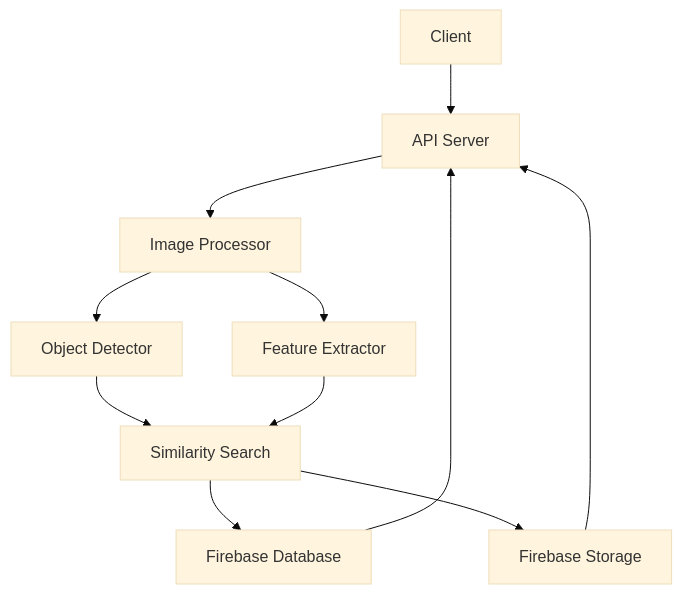
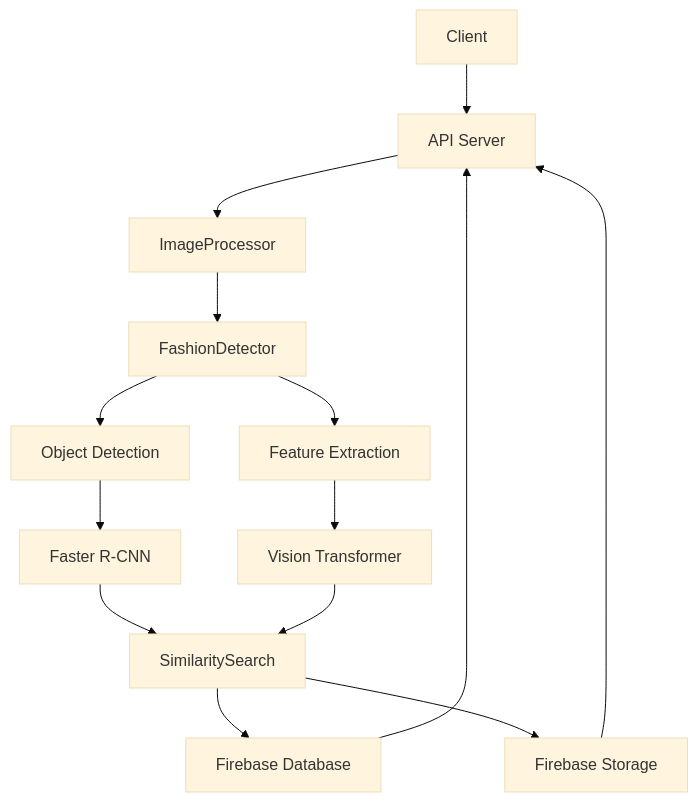
The diagram in .cursor/rules/systemPatterns.md (J3r3my97/self-mcp), drawn with Mermaid (base theme) before and after one commit. The commit also changed other lines of this file and 5 other files, not shown here.

````diff
--- a/.cursor/rules/systemPatterns.md
+++ b/.cursor/rules/systemPatterns.md
@@ -6,13 +6,16 @@
 ```mermaid
 graph TD
     A[Client] --> B[API Server]
-    B --> C[Image Processor]
-    C --> D[Object Detector]
-    C --> E[Feature Extractor]
-    D --> F[Similarity Search]
-    E --> F
-    F --> G[Firebase Database]
-    F --> H[Firebase Storage]
-    G --> B
-    H --> B
+    B --> C[ImageProcessor]
+    C --> D[FashionDetector]
+    D --> E[Object Detection]
+    D --> F[Feature Extraction]
+    E --> G[Faster R-CNN]
+    F --> H[Vision Transformer]
+    G --> I[SimilaritySearch]
+    H --> I
+    I --> J[Firebase Database]
+    I --> K[Firebase Storage]
+    J --> B
+    K --> B
 ```
````
